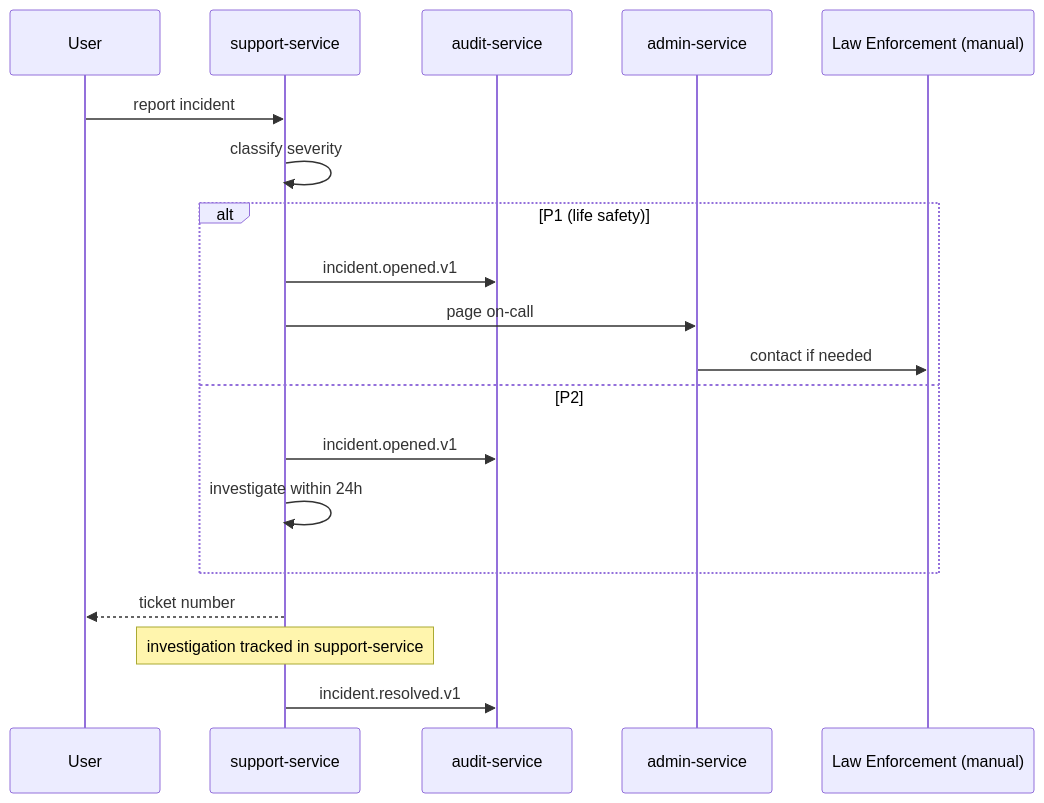
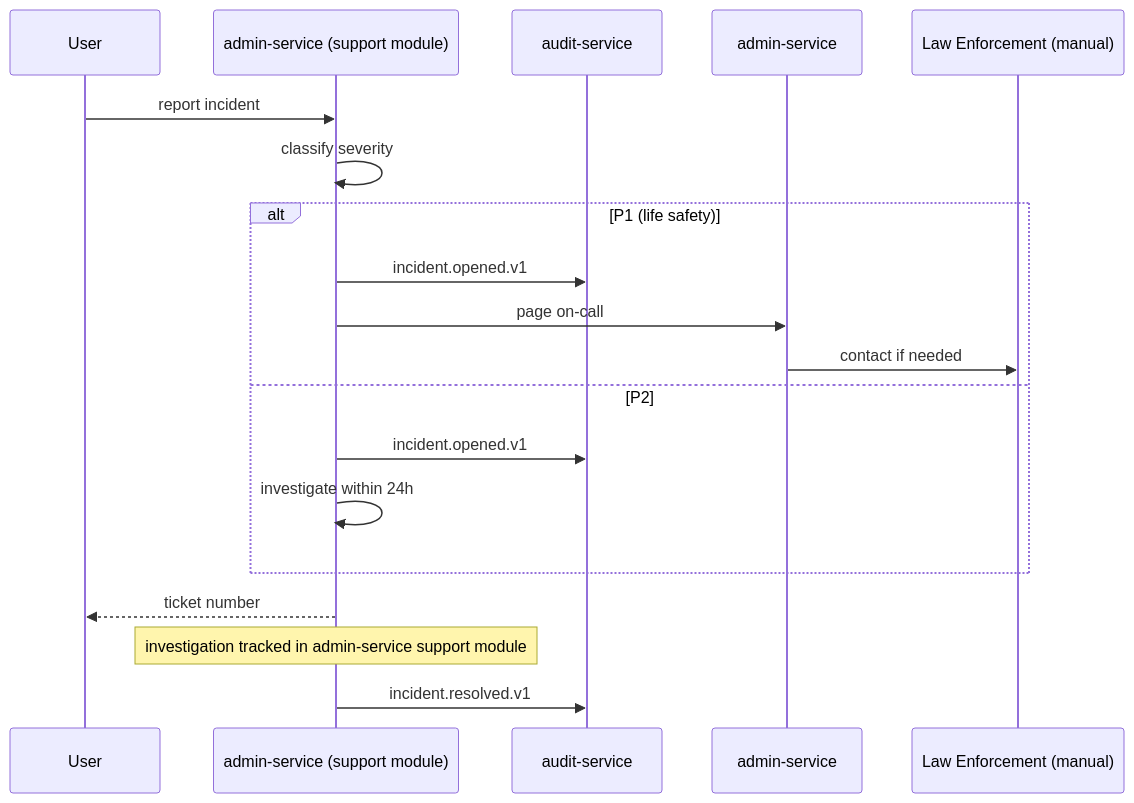
Before and after one commit to mohamedhabibwork/trips-enjoy-docs: the ninth of 10 diagrams in docs/workflows/SAFETY_WORKFLOWS.md, drawn with Mermaid. The commit also changed other lines of this file and 525 other files, not shown here.

````diff
--- a/docs/workflows/SAFETY_WORKFLOWS.md
+++ b/docs/workflows/SAFETY_WORKFLOWS.md
@@ -188,22 +189,22 @@
 ```mermaid
 sequenceDiagram
     participant U as User
-    participant SUP as support-service
+    participant ADM as admin-service (support module)
     participant AUD as audit-service
-    participant ADM as admin-service
+    participant ADM2 as admin-service
     participant LAW as Law Enforcement (manual)
 
-    U->>SUP: report incident
-    SUP->>SUP: classify severity
+    U->>ADM: report incident
+    ADM->>ADM: classify severity
     alt P1 (life safety)
-        SUP->>AUD: incident.opened.v1
-        SUP->>ADM: page on-call
-        ADM->>LAW: contact if needed
+        ADM->>AUD: incident.opened.v1
+        ADM->>ADM2: page on-call
+        ADM2->>LAW: contact if needed
     else P2
-        SUP->>AUD: incident.opened.v1
-        SUP->>SUP: investigate within 24h
+        ADM->>AUD: incident.opened.v1
+        ADM->>ADM: investigate within 24h
     end
-    SUP-->>U: ticket number
-    Note over SUP: investigation tracked in support-service
-    SUP->>AUD: incident.resolved.v1
+    ADM-->>U: ticket number
+    Note over ADM: investigation tracked in admin-service support module
+    ADM->>AUD: incident.resolved.v1
 ```
````
